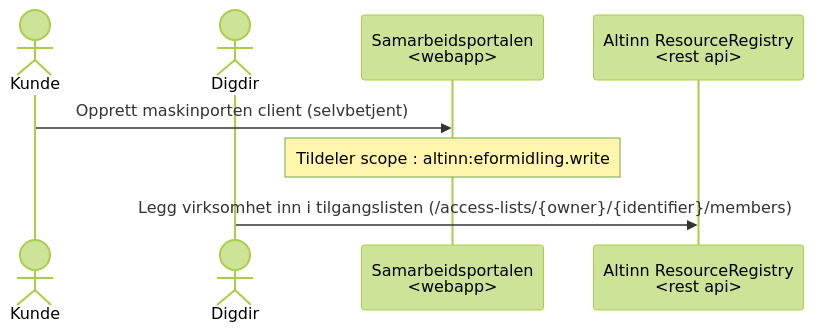
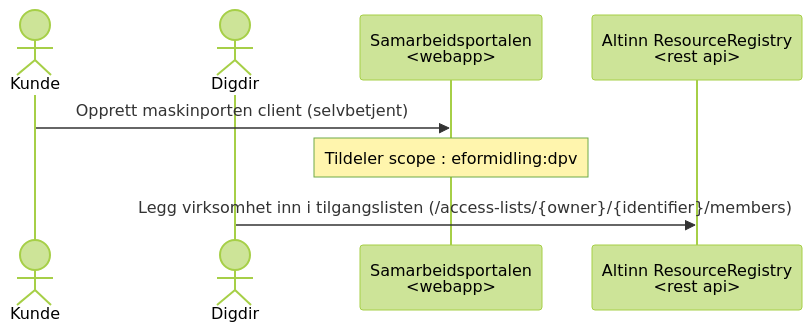
Before and after one commit to felleslosninger/efm-integrasjonspunkt: the first of 2 diagrams in altinn-v3-client/altinn_dpv.md, drawn with Mermaid (forest theme). The commit also changed other lines of this file and 1 other file, not shown here.

Commit message:
Update onboarding docs for altinn dpo and dpv

````diff
--- a/altinn-v3-client/altinn_dpv.md
+++ b/altinn-v3-client/altinn_dpv.md
@@ -12,11 +12,11 @@
 ```mermaid
 sequenceDiagram
     actor K as Kunde
     actor D as Digdir
     participant S as Samarbeidsportalen<br><webapp>
     participant AR as Altinn ResourceRegistry<br><rest api>
     
     K->>S: Opprett maskinporten client (selvbetjent)
-    note over S : Tildeler scope : altinn:eformidling.write 
+    note over S : Tildeler scope : eformidling:dpv 
     D->>AR: Legg virksomhet inn i tilgangslisten (/access-lists/{owner}/{identifier}/members) 
 ```
````
